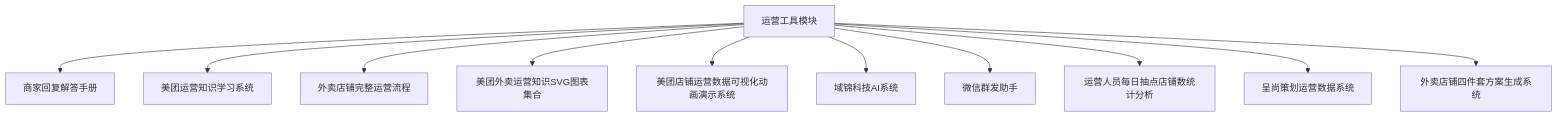
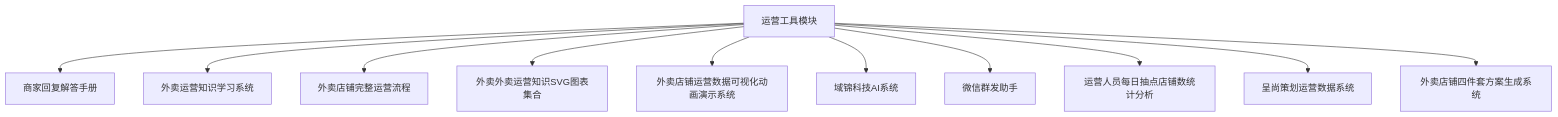
The first of 5 diagrams in docs/guides/呈尚策划项目展示桌面应用开发文档.md (XUXIKAI886/zhuomianhejizidonggengx), drawn with Mermaid before and after one commit. The commit also changed other lines of this file and 88 other files, not shown here.

````diff
--- a/docs/guides/呈尚策划项目展示桌面应用开发文档.md
+++ b/docs/guides/呈尚策划项目展示桌面应用开发文档.md
@@ -53,13 +53,13 @@
 ```mermaid
 graph TD
     A[运营工具模块] --> B[商家回复解答手册]
-    A --> C[美团运营知识学习系统]
+    A --> C[外卖运营知识学习系统]
     A --> D[外卖店铺完整运营流程]
-    A --> E[美团外卖运营知识SVG图表集合]
-    A --> F[美团店铺运营数据可视化动画演示系统]
+    A --> E[外卖外卖运营知识SVG图表集合]
+    A --> F[外卖店铺运营数据可视化动画演示系统]
     A --> G[域锦科技AI系统]
     A --> H[微信群发助手]
     A --> I[运营人员每日抽点店铺数统计分析]
     A --> J[呈尚策划运营数据系统]
     A --> K[外卖店铺四件套方案生成系统]
 ```
````
